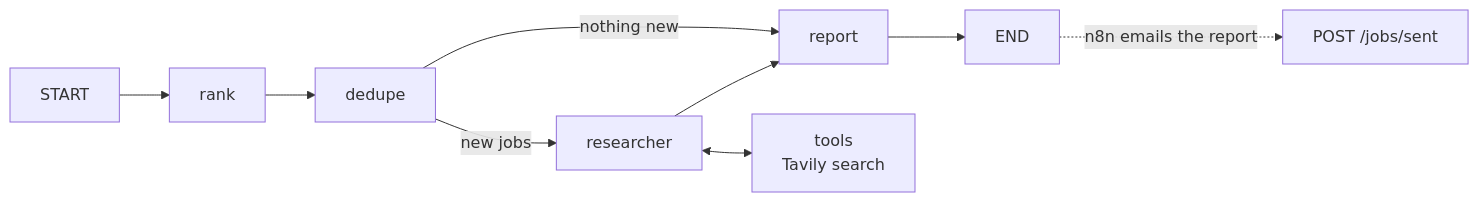
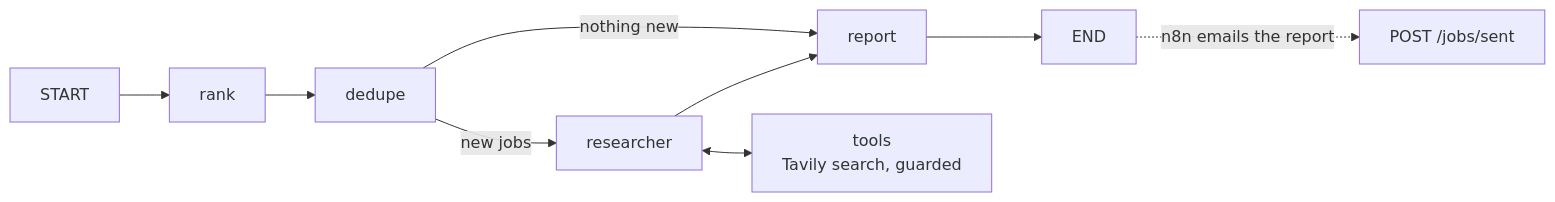
The second of 5 diagrams in README.md (JTTrinborg/hephaestus), drawn with Mermaid before and after one commit. The commit also changed other lines of this file, not shown here.

````diff
--- a/README.md
+++ b/README.md
@@ -61,11 +64,11 @@
 ```mermaid
 flowchart LR
     START --> rank
     rank --> dedupe
     dedupe -->|new jobs| researcher
     dedupe -->|nothing new| report
-    researcher <--> tools[tools<br/>Tavily search]
+    researcher <--> tools[tools<br/>Tavily search, guarded]
     researcher --> report
     report --> END
     END -.->|n8n emails the report| C[POST /jobs/sent]
 ```
````
